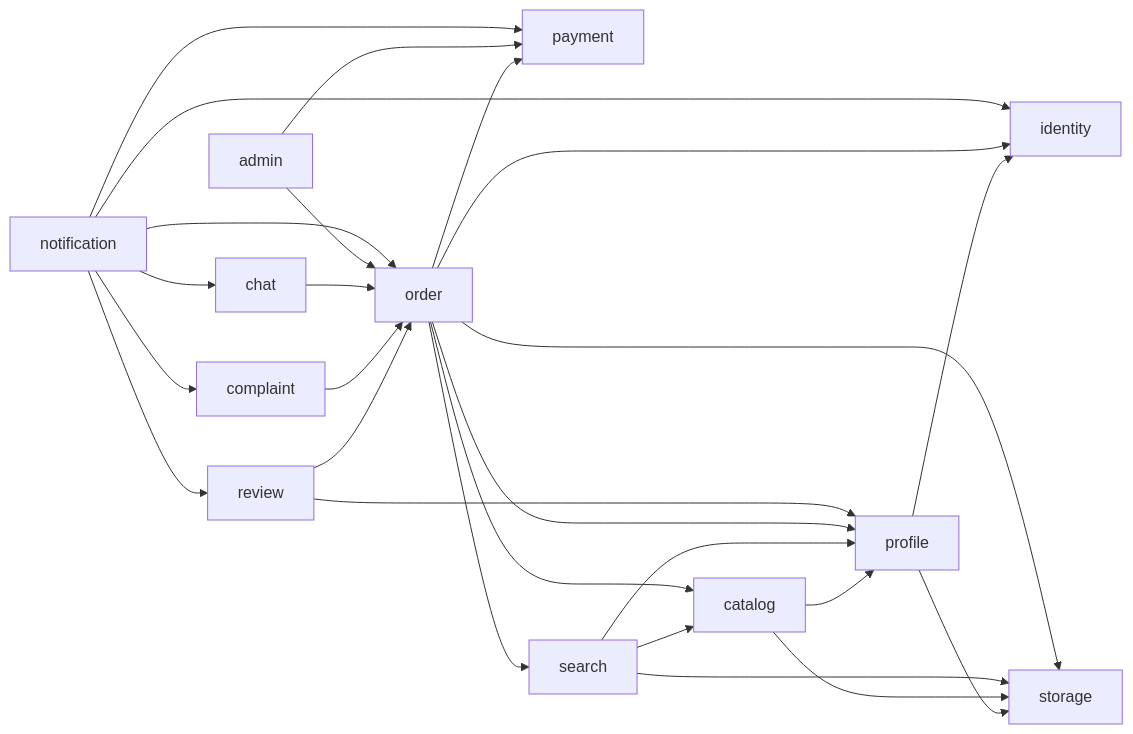
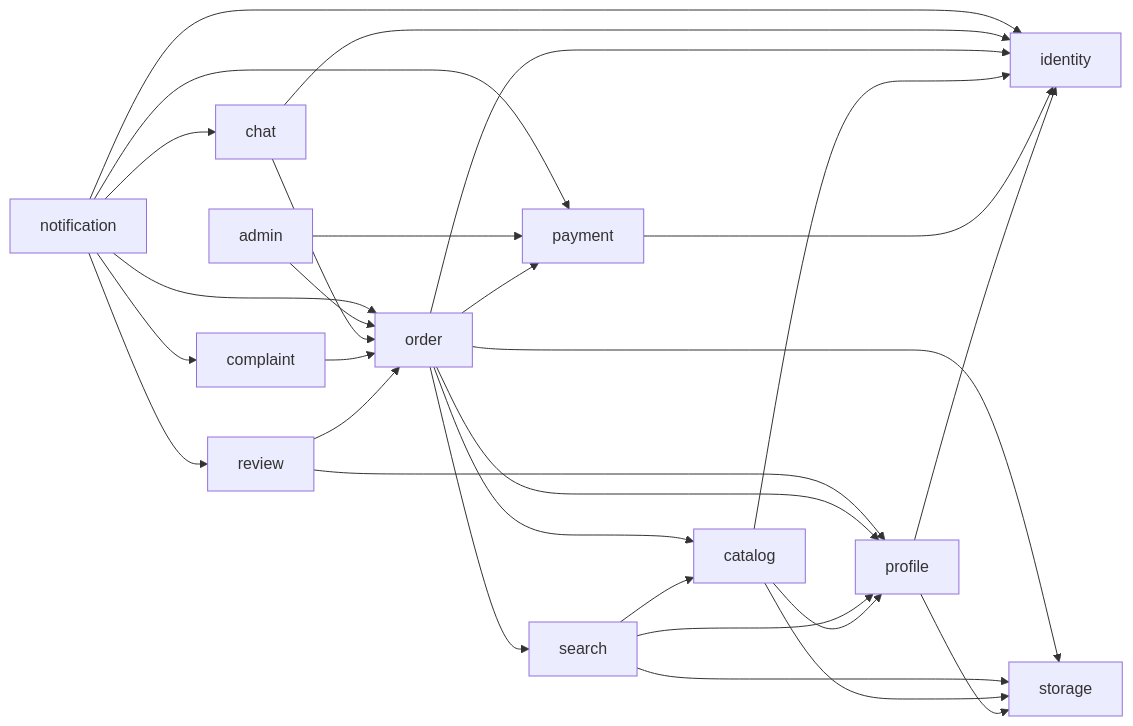
The fifth of 7 diagrams in docs/architecture.md (Shakhriyor11/usta-platform), drawn with Mermaid before and after one commit. The commit also changed other lines of this file and 258 other files, not shown here.

````diff
--- a/docs/architecture.md
+++ b/docs/architecture.md
@@ -229,12 +283,13 @@
 ```mermaid
 flowchart LR
     notification --> order & review & chat & complaint & payment & identity
     admin --> order & payment
-    chat --> order
+    chat --> order & identity
     complaint --> order
     review --> order & profile
     order --> search & catalog & profile & payment & identity & storage
     search --> catalog & profile & storage
-    catalog --> profile & storage
+    catalog --> profile & storage & identity
+    payment --> identity
     profile --> identity & storage
 ```
````
